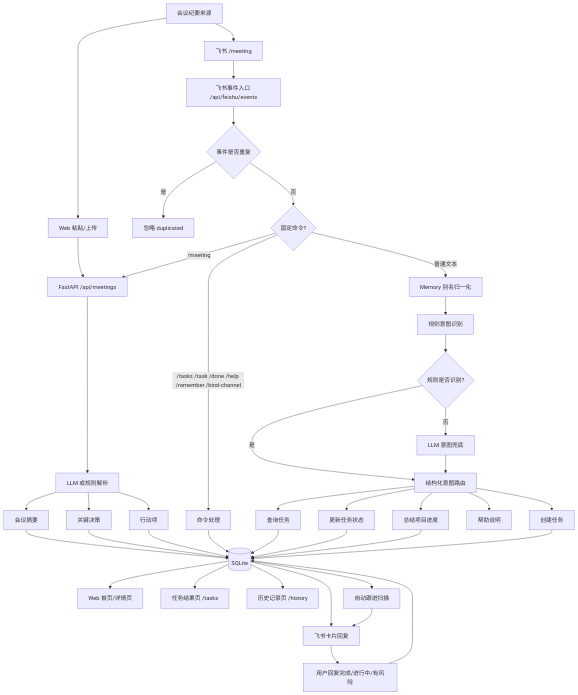
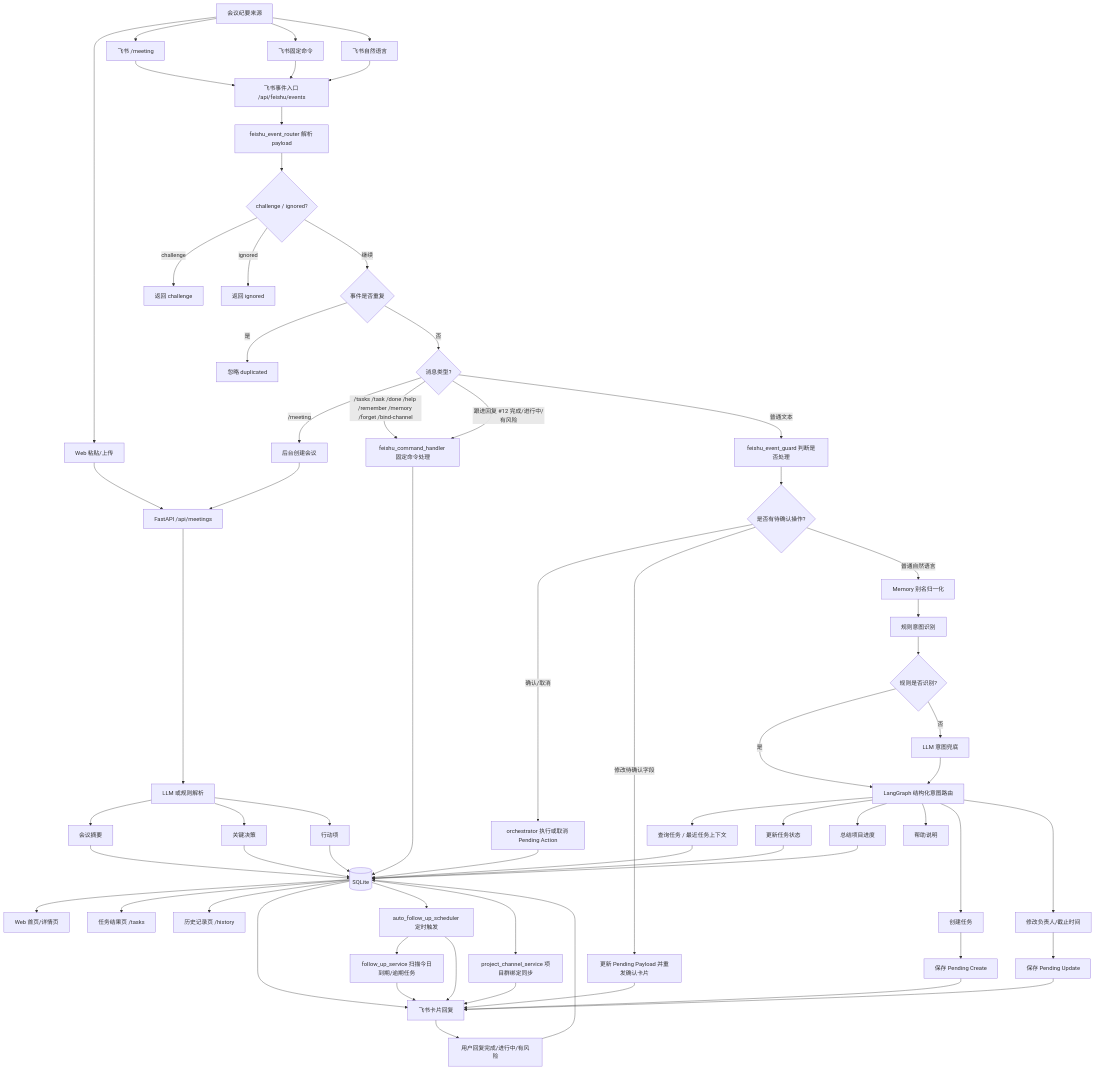
The first of 2 diagrams in README.md (Ping-z330/action_bridge), drawn with Mermaid before and after one commit. The commit also changed other lines of this file and 15 other files, not shown here.

````diff
--- a/README.md
+++ b/README.md
@@ -35,52 +35,79 @@
 ```mermaid
 flowchart TD
     A[会议纪要来源] --> A1[Web 粘贴/上传]
     A --> A2[飞书 /meeting]
+    A --> A3[飞书固定命令]
+    A --> A4[飞书自然语言]
 
     A1 --> B[FastAPI /api/meetings]
     A2 --> C[飞书事件入口 /api/feishu/events]
+    A3 --> C
+    A4 --> C
 
-    C --> C1{事件是否重复}
+    C --> C0[feishu_event_router 解析 payload]
+    C0 --> C00{challenge / ignored?}
+    C00 -->|challenge| C01[返回 challenge]
+    C00 -->|ignored| C02[返回 ignored]
+    C00 -->|继续| C1{事件是否重复}
     C1 -->|是| C2[忽略 duplicated]
-    C1 -->|否| D{固定命令?}
+    C1 -->|否| D{消息类型?}
 
-    D -->|/meeting| B
-    D -->|/tasks /task /done /help /remember /bind-channel| E[命令处理]
-    D -->|普通文本| F0[Memory 别名归一化]
+    D -->|/meeting| BG[后台创建会议]
+    BG --> B
+    D -->|/tasks /task /done /help /remember /memory /forget /bind-channel| E[feishu_command_handler 固定命令处理]
+    D -->|跟进回复 #12 完成/进行中/有风险| E
+    D -->|普通文本| G0[feishu_event_guard 判断是否处理]
+
+    G0 --> P0{是否有待确认操作?}
+    P0 -->|确认/取消| P1[orchestrator 执行或取消 Pending Action]
+    P0 -->|修改待确认字段| P2[更新 Pending Payload 并重发确认卡片]
+    P0 -->|普通自然语言| F0[Memory 别名归一化]
+
     F0 --> F[规则意图识别]
     F --> FLLM{规则是否识别?}
-    FLLM -->|是| FR[结构化意图路由]
+    FLLM -->|是| FR[LangGraph 结构化意图路由]
     FLLM -->|否| FLLM2[LLM 意图兜底]
     FLLM2 --> FR
 
     B --> G[LLM 或规则解析]
     G --> G1[会议摘要]
     G --> G2[关键决策]
     G --> G3[行动项]
 
     G1 --> H[(SQLite)]
     G2 --> H
     G3 --> H
 
-    FR --> F1[查询任务]
+    FR --> F1[查询任务 / 最近任务上下文]
     FR --> F2[更新任务状态]
     FR --> F3[总结项目进度]
     FR --> F4[帮助说明]
     FR --> F5[创建任务]
+    FR --> F6[修改负责人/截止时间]
+
+    F5 --> P3[保存 Pending Create]
+    F6 --> P4[保存 Pending Update]
+    P3 --> L
+    P4 --> L
+    P1 --> H
+    P2 --> L
 
     E --> H
     F1 --> H
     F2 --> H
     F3 --> H
-    F5 --> H
 
     H --> I[Web 首页/详情页]
     H --> J[任务结果页 /tasks]
     H --> K[历史记录页 /history]
     H --> L[飞书卡片回复]
 
-    H --> M[自动跟进扫描]
+    H --> M[auto_follow_up_scheduler 定时触发]
+    M --> M1[follow_up_service 扫描今日到期/逾期任务]
+    M1 --> L
     M --> L
     L --> N[用户回复完成/进行中/有风险]
     N --> H
+    H --> PC[project_channel_service 项目群绑定同步]
+    PC --> L
 ```
````
